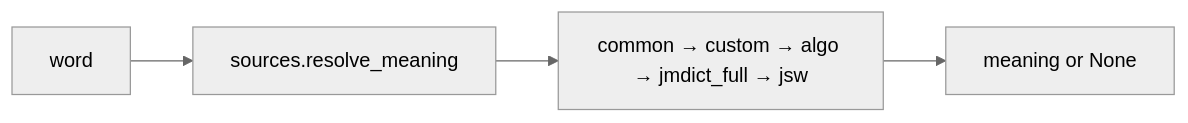
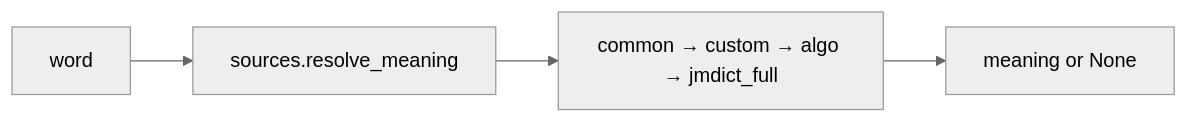
One commit to PikaPikaGems/kanji-heatmap-data changed the sixth of 7 diagrams in notes/flowchart.md. Above: the diagram before and after it, drawn with Mermaid (neutral theme). The commit also changed other lines of this file and 13 other files, not shown here.

````diff
--- a/notes/flowchart.md
+++ b/notes/flowchart.md
@@ -261,6 +263,6 @@
 ```mermaid
 flowchart LR
     w[word] --> R[sources.resolve_meaning]
-    R --> o["common → custom → algo → jmdict_full → jsw"]
+    R --> o["common → custom → algo → jmdict_full"]
     o --> m[meaning or None]
 ```
````
